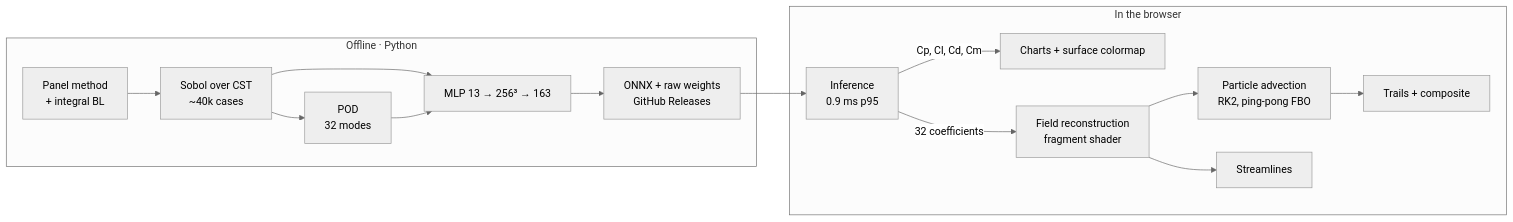
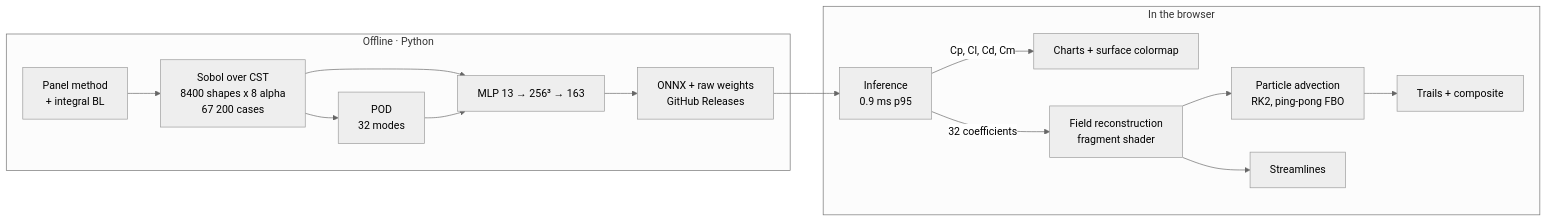
The diagram in README.md (jaworskig00/neural-wind-tunnel), drawn with Mermaid (neutral theme) before and after one commit. The commit also changed other lines of this file and 4 other files, not shown here.

````diff
--- a/README.md
+++ b/README.md
@@ -141,18 +141,18 @@
 ```mermaid
 flowchart LR
   subgraph offline["Offline · Python"]
-    S["Panel method<br/>+ integral BL"] --> D["Sobol over CST<br/>~40k cases"]
+    S["Panel method<br/>+ integral BL"] --> D["Sobol over CST<br/>8400 shapes x 8 alpha<br/>67 200 cases"]
     D --> P["POD<br/>32 modes"]
     D --> T["MLP 13 → 256³ → 163"]
     P --> T
     T --> A["ONNX + raw weights<br/>GitHub Releases"]
   end
   subgraph online["In the browser"]
     A --> I["Inference<br/>0.9 ms p95"]
     I -->|"Cp, Cl, Cd, Cm"| C["Charts + surface colormap"]
     I -->|"32 coefficients"| R["Field reconstruction<br/>fragment shader"]
     R --> G["Particle advection<br/>RK2, ping-pong FBO"]
     R --> L["Streamlines"]
     G --> V["Trails + composite"]
   end
 ```
````
